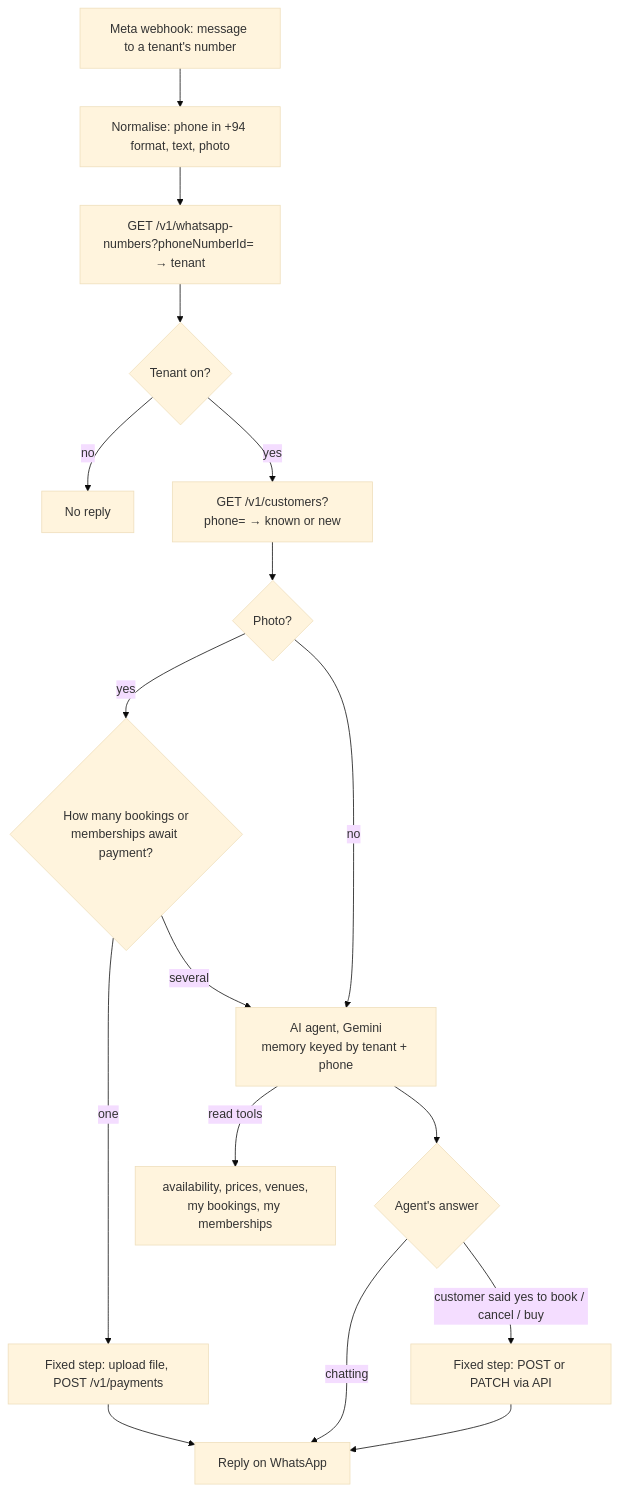
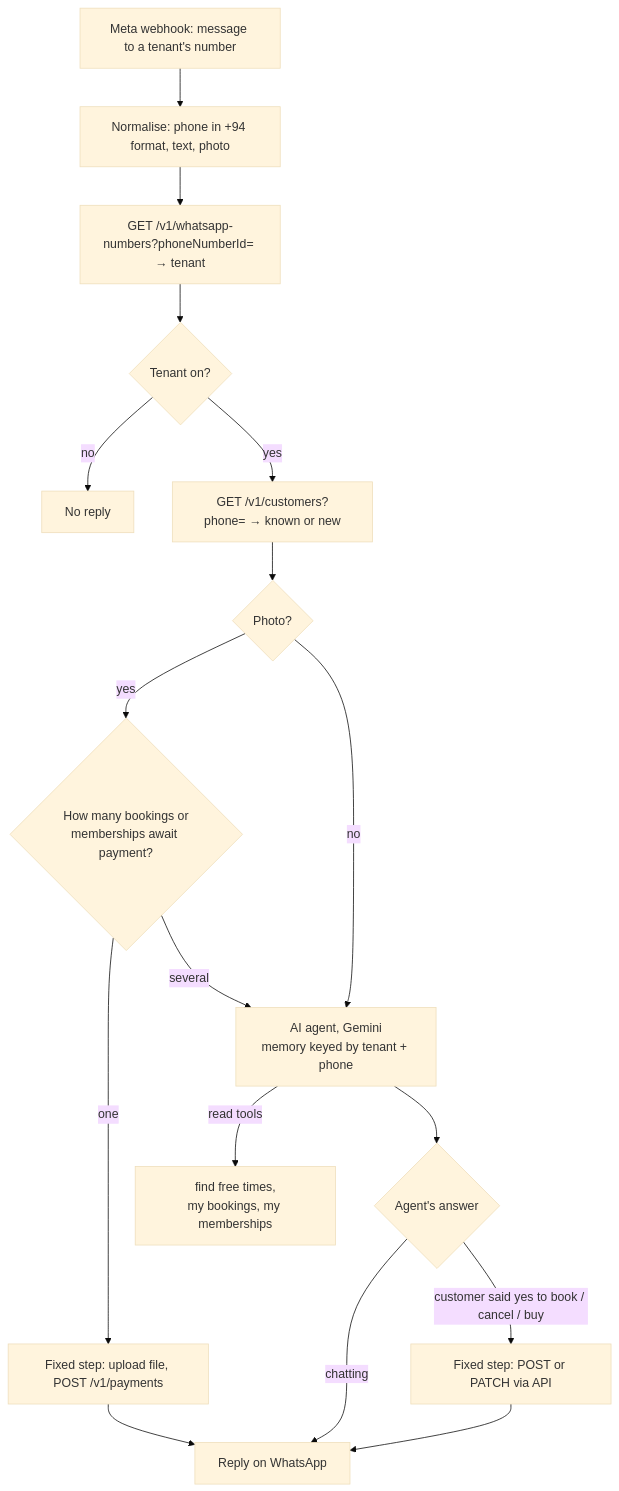
Before and after one commit to Nasrullaunais/Merivo-Turftap: the diagram in docs/architecture/assistant.md, drawn with Mermaid (base theme). The commit also changed other lines of this file and 24 other files, not shown here.

First line of the commit message:
Let the Assistant answer free times and prices with Gemini (T36) (#46)

````diff
--- a/docs/architecture/assistant.md
+++ b/docs/architecture/assistant.md
@@ -7,19 +7,19 @@
 ```mermaid
 flowchart TD
   wa[Meta webhook: message to a tenant's number] --> norm[Normalise: phone in +94 format, text, photo]
   norm --> tenant[GET /v1/whatsapp-numbers?phoneNumberId= → tenant]
   tenant --> off{Tenant on?}
   off -- no --> stop[No reply]
   off -- yes --> cust[GET /v1/customers?phone= → known or new]
   cust --> photo{Photo?}
   photo -- yes --> waiting{How many bookings or<br/>memberships await payment?}
   waiting -- one --> receipt[Fixed step: upload file, POST /v1/payments]
   waiting -- several --> agent
   photo -- no --> agent[AI agent, Gemini<br/>memory keyed by tenant + phone]
-  agent -- read tools --> tools[availability, prices, venues,<br/>my bookings, my memberships]
+  agent -- read tools --> tools[find free times,<br/>my bookings, my memberships]
   agent --> decide{Agent's answer}
   decide -- chatting --> reply[Reply on WhatsApp]
   decide -- customer said yes to book / cancel / buy --> write[Fixed step: POST or PATCH via API]
   write --> reply
   receipt --> reply
 ```
````
